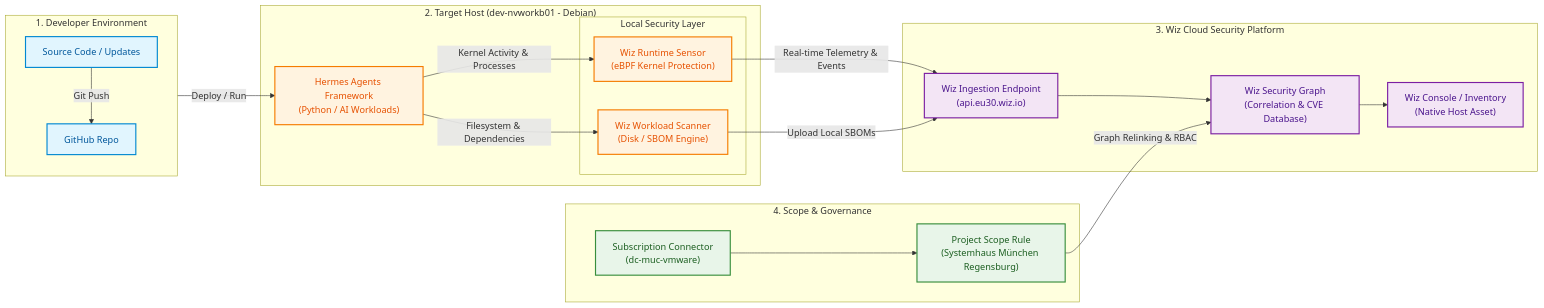
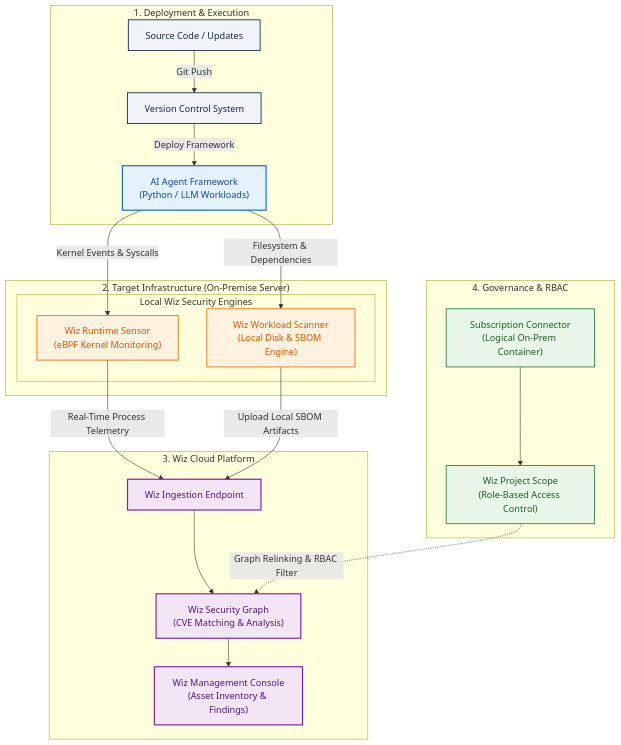
The diagram in README.md (hzlkat/wiz-hermes-security), drawn with Mermaid before and after one commit.

Commit message:
add mermaid chart

````diff
--- a/README.md
+++ b/README.md
@@ -47,47 +47,47 @@
 ```mermaid
-flowchart LR
-    %% Styles
-    classDef dev fill:#e1f5fe,stroke:#0288d1,stroke-width:2px,color:#01579b;
-    classDef host fill:#fff3e0,stroke:#f57c00,stroke-width:2px,color:#e65100;
+flowchart TD
+    %% Custom Styling
+    classDef dev fill:#f0f4f8,stroke:#102a43,stroke-width:1.5px,color:#102a43;
+    classDef host fill:#e3f2fd,stroke:#1565c0,stroke-width:2px,color:#0d47a1;
+    classDef agent fill:#fff3e0,stroke:#ef6c00,stroke-width:1.5px,color:#e65100;
     classDef wiz fill:#f3e5f5,stroke:#7b1fa2,stroke-width:2px,color:#4a148c;
-    classDef scope fill:#e8f5e9,stroke:#388e3c,stroke-width:2px,color:#1b5e20;
+    classDef scope fill:#e8f5e9,stroke:#2e7d32,stroke-width:1.5px,color:#1b5e20;
 
-    subgraph DEV ["1. Developer Environment"]
-        Code["Source Code / Updates"]:::dev -->|Git Push| Repo["GitHub Repo"]:::dev
+    subgraph PHASE1 ["1. Deployment & Execution"]
+        Code["Source Code / Updates"]:::dev -->|Git Push| Repo["Version Control System"]:::dev
+        Repo -->|Deploy Framework| AIWorkload
     end
 
-    subgraph HOST ["2. Target Host (dev-nvworkb01 - Debian)"]
-        Hermes["Hermes Agents Framework<br/>(Python / AI Workloads)"]:::host
+    subgraph PHASE2 ["2. Target Infrastructure (On-Premise Server)"]
+        AIWorkload["AI Agent Framework<br/>(Python / LLM Workloads)"]:::host
         
-        subgraph AGENTS ["Local Security Layer"]
-            Sensor["Wiz Runtime Sensor<br/>(eBPF Kernel Protection)"]:::host
-            Scanner["Wiz Workload Scanner<br/>(Disk / SBOM Engine)"]:::host
+        subgraph AGENTS ["Local Wiz Security Engines"]
+            Sensor["Wiz Runtime Sensor<br/>(eBPF Kernel Monitoring)"]:::agent
+            Scanner["Wiz Workload Scanner<br/>(Local Disk & SBOM Engine)"]:::agent
         end
         
-        Hermes -->|Kernel Activity & Processes| Sensor
-        Hermes -->|Filesystem & Dependencies| Scanner
+        AIWorkload -->|Kernel Events & Syscalls| Sensor
+        AIWorkload -->|Filesystem & Dependencies| Scanner
     end
 
-    subgraph WIZ ["3. Wiz Cloud Security Platform"]
-        API["Wiz Ingestion Endpoint<br/>(api.eu30.wiz.io)"]:::wiz
-        Graph["Wiz Security Graph<br/>(Correlation & CVE Database)"]:::wiz
-        GUI["Wiz Console / Inventory<br/>(Native Host Asset)"]:::wiz
+    subgraph PHASE3 ["3. Wiz Cloud Platform"]
+        Ingest["Wiz Ingestion Endpoint"]:::wiz
+        Graph["Wiz Security Graph<br/>(CVE Matching & Analysis)"]:::wiz
+        Dashboard["Wiz Management Console<br/>(Asset Inventory & Findings)"]:::wiz
 
-        API --> Graph
-        Graph --> GUI
+        Ingest --> Graph
+        Graph --> Dashboard
     end
 
-    subgraph PROJECT ["4. Scope & Governance"]
-        Connector["Subscription Connector<br/>(dc-muc-vmware)"]:::scope
-        ScopeRule["Project Scope Rule<br/>(Systemhaus München Regensburg)"]:::scope
+    subgraph PHASE4 ["4. Governance & RBAC"]
+        Connector["Subscription Connector<br/>(Logical On-Prem Container)"]:::scope
+        ProjectScope["Wiz Project Scope<br/>(Role-Based Access Control)"]:::scope
         
-        Connector --> ScopeRule
+        Connector --> ProjectScope
     end
 
-    %% Data Flows
-    DEV -->|Deploy / Run| Hermes
-    Sensor -->|Real-time Telemetry & Events| API
-    Scanner -->|Upload Local SBOMs| API
-    ScopeRule -->|Graph Relinking & RBAC| Graph
-
+    %% Data Flow Connections
+    Sensor -->|Real-Time Process Telemetry| Ingest
+    Scanner -->|Upload Local SBOM Artifacts| Ingest
+    ProjectScope -.->|Graph Relinking & RBAC Filter| Graph
 ```
````
